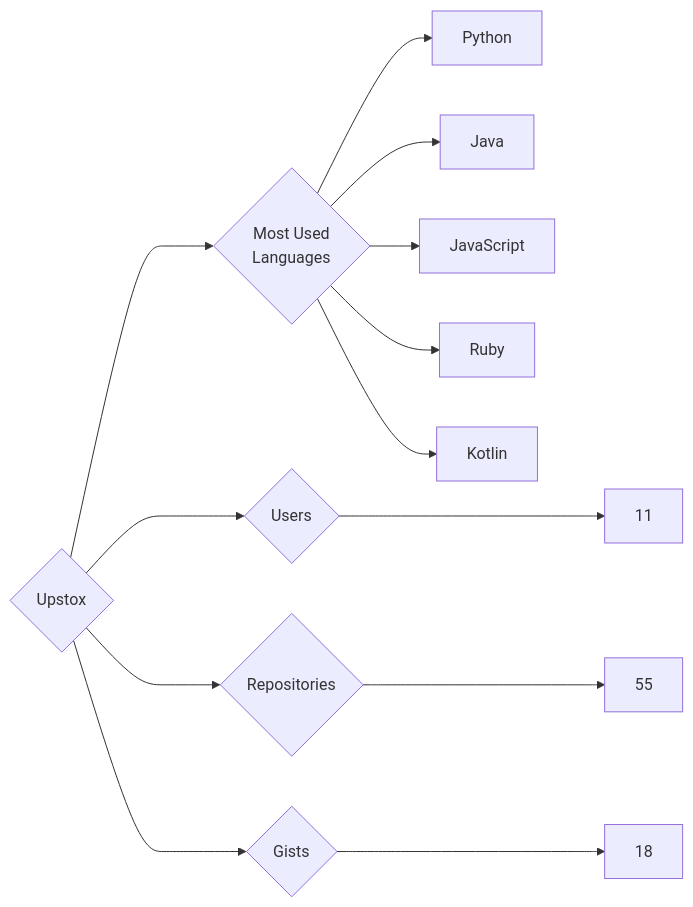
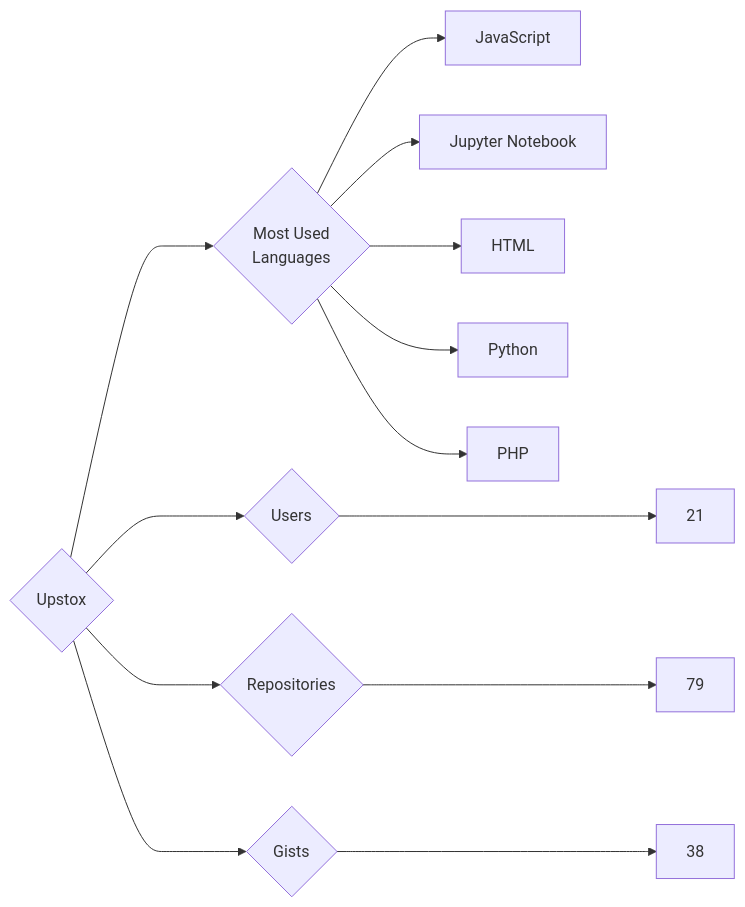
The diagram in targets/Upstox/README.md (trickest/insiders), drawn with Mermaid before and after one commit. The commit also changed 976 other files, not shown here.

````diff
--- a/targets/Upstox/README.md
+++ b/targets/Upstox/README.md
@@ -3,13 +3,13 @@
 ```mermaid
 graph LR
 COMPANY_NAME{Upstox}
-COMPANY_NAME ---> U{Users} ---> UN[11]
-COMPANY_NAME ---> R{Repositories} ---> RN[55]
-COMPANY_NAME ---> G{Gists} ---> GN[18]
+COMPANY_NAME ---> U{Users} ---> UN[21]
+COMPANY_NAME ---> R{Repositories} ---> RN[79]
+COMPANY_NAME ---> G{Gists} ---> GN[38]
 COMPANY_NAME ---> ML{Most Used<br>Languages}
+ML --> JavaScript[JavaScript]
+ML --> Jupyter_Notebook[Jupyter Notebook]
+ML --> HTML[HTML]
 ML --> Python[Python]
-ML --> Java[Java]
-ML --> JavaScript[JavaScript]
-ML --> Ruby[Ruby]
-ML --> Kotlin[Kotlin]
+ML --> PHP[PHP]
 ```
````
